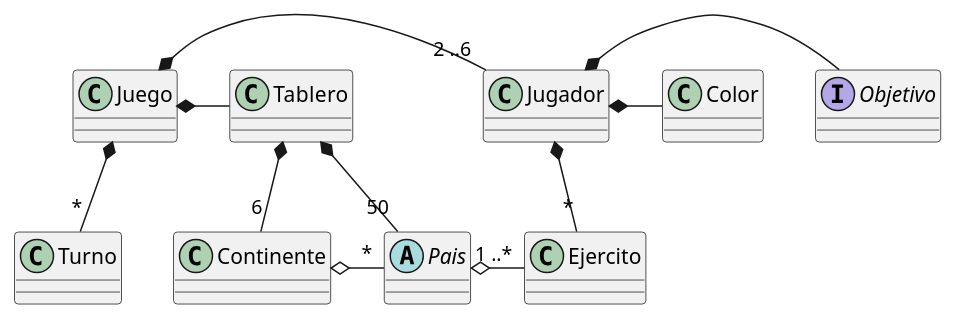
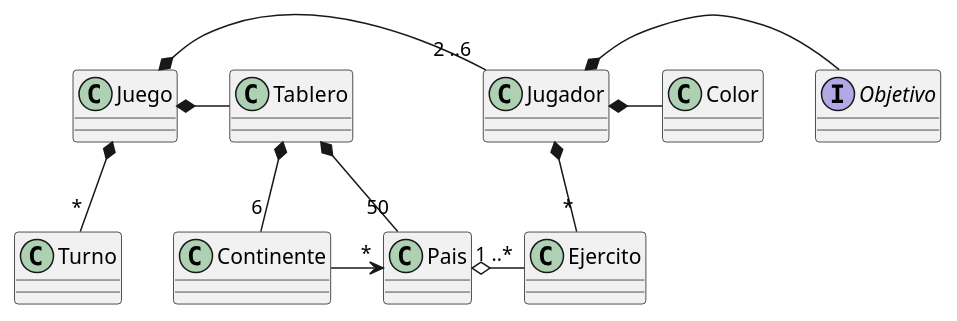
Before and after one commit to NazaQuintero/algo3_tp2: the diagram in diagrams/fase_inicial.wsd, drawn with PlantUML. The commit also changed 2 other files, not shown here.

```diff
--- a/diagrams/fase_inicial.wsd
+++ b/diagrams/fase_inicial.wsd
@@ -1,42 +1,42 @@
 @startuml
 
 
 class Turno {}
 
 class Jugador {}
 
 Juego *- "2 ..6" Jugador
 
 Juego *-- "*" Turno
 
 interface Objetivo {}
 
 class Color {}
 
 class Continente {}
 
-abstract Pais {}
+class Pais {}
 
 class Tablero {}
 
 class Juego {}
 
 Juego *- Tablero
 
 class Ejercito {}
 
 Tablero *- "50" Pais
 
 Tablero *-- "6" Continente
 
-Continente o- "*" Pais
+Continente -> "*" Pais
 
 Pais o- "1 ..*" Ejercito
 
 Jugador *- Objetivo
 
 Jugador *-- "*" Ejercito
 Jugador *- Color
 
 
 @enduml
```
